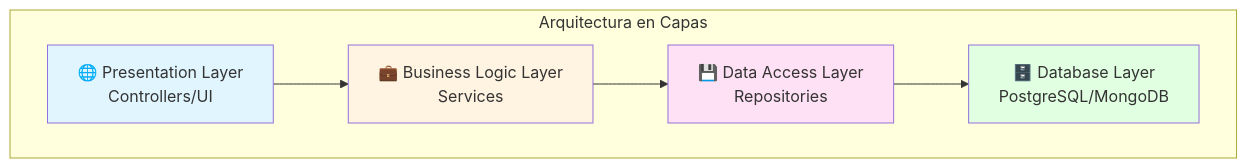
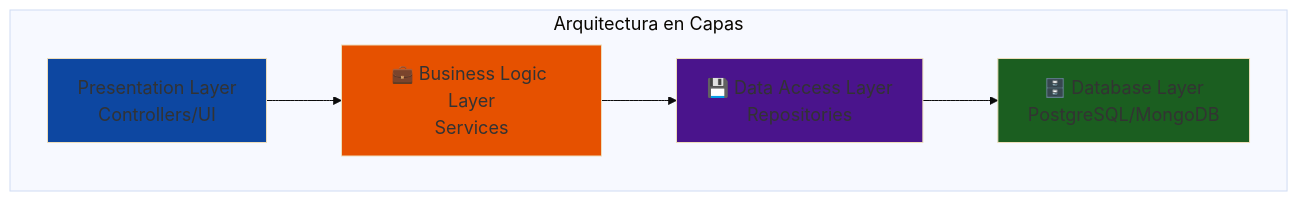
Before and after one commit to Ai-Whisperers/Courses-Content: the third of 10 diagrams in courses/🟡-development/FPUNA-2026/01-DESARROLLO-SOFTWARE/01-arquitectura-software.md, drawn with Mermaid. The commit also changed other lines of this file and 47 other files, not shown here.

First line of the commit message:
fix: Make all 473 diagrams WCAG AAA accessible (FPUNA-2026)

````diff
--- a/courses/🟡-development/FPUNA-2026/01-DESARROLLO-SOFTWARE/01-arquitectura-software.md
+++ b/courses/🟡-development/FPUNA-2026/01-DESARROLLO-SOFTWARE/01-arquitectura-software.md
@@ -73,18 +75,19 @@
 ```mermaid
+%%{init: {'theme':'base', 'themeVariables': {'fontSize':'18px'}}}%%
 graph TD
     subgraph "Arquitectura en Capas"
-        A[🌐 Presentation Layer<br/>Controllers/UI]
+        A[Presentation Layer<br/>Controllers/UI]
         B[💼 Business Logic Layer<br/>Services]
         C[💾 Data Access Layer<br/>Repositories]
         D[🗄️ Database Layer<br/>PostgreSQL/MongoDB]
         
         A --> B
         B --> C
         C --> D
     end
     
-    style A fill:#E1F5FF
-    style B fill:#FFF4E1
-    style C fill:#FFE1F5
-    style D fill:#E1FFE1
+    style A fill:#0d47a1
+    style B fill:#e65100
+    style C fill:#4a148c
+    style D fill:#1b5e20
 ```
````
